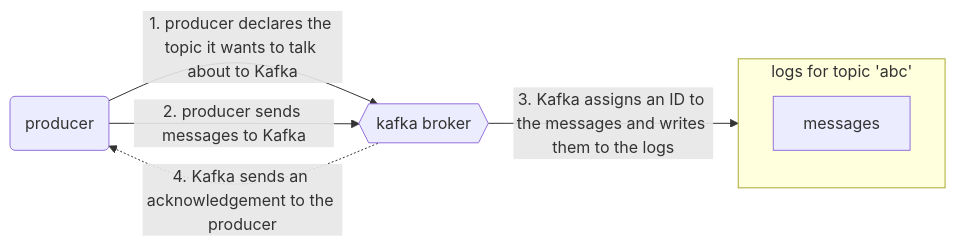
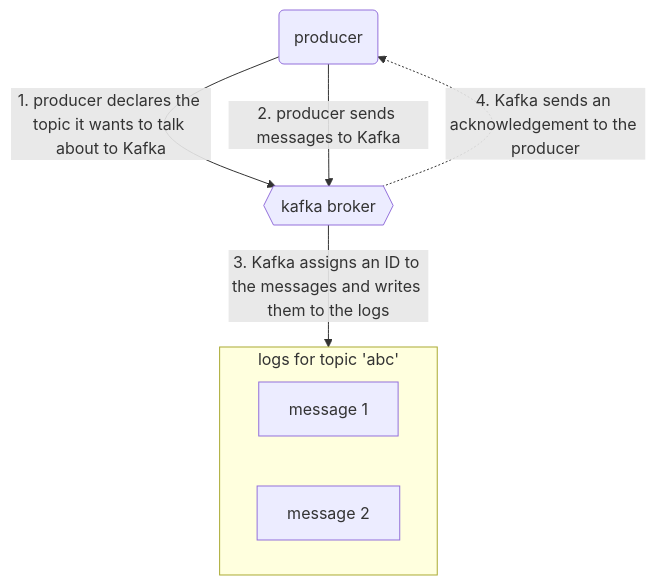
Before and after one commit to shayansm2/eng-notebook: the first of 2 diagrams in kafka/readme.md, drawn with Mermaid. The commit also changed other lines of this file, not shown here.

Commit message:
more readable

````diff
--- a/kafka/readme.md
+++ b/kafka/readme.md
@@ -59,12 +59,13 @@
 ```mermaid
-flowchart LR
+flowchart TB
     p(producer)
     k{{kafka broker}}
     subgraph logs[logs for topic 'abc']
-        m1[messages]
+        m1[message 1]
+        m2[message 2]
     end
     p-->|1. producer declares the topic it wants to talk about to Kafka|k
     p-->|2. producer sends messages to Kafka|k
     k -->|3. Kafka assigns an ID to the messages and writes them to the logs|logs
     k-.->|4. Kafka sends an acknowledgement to the producer|p
 ```
````
